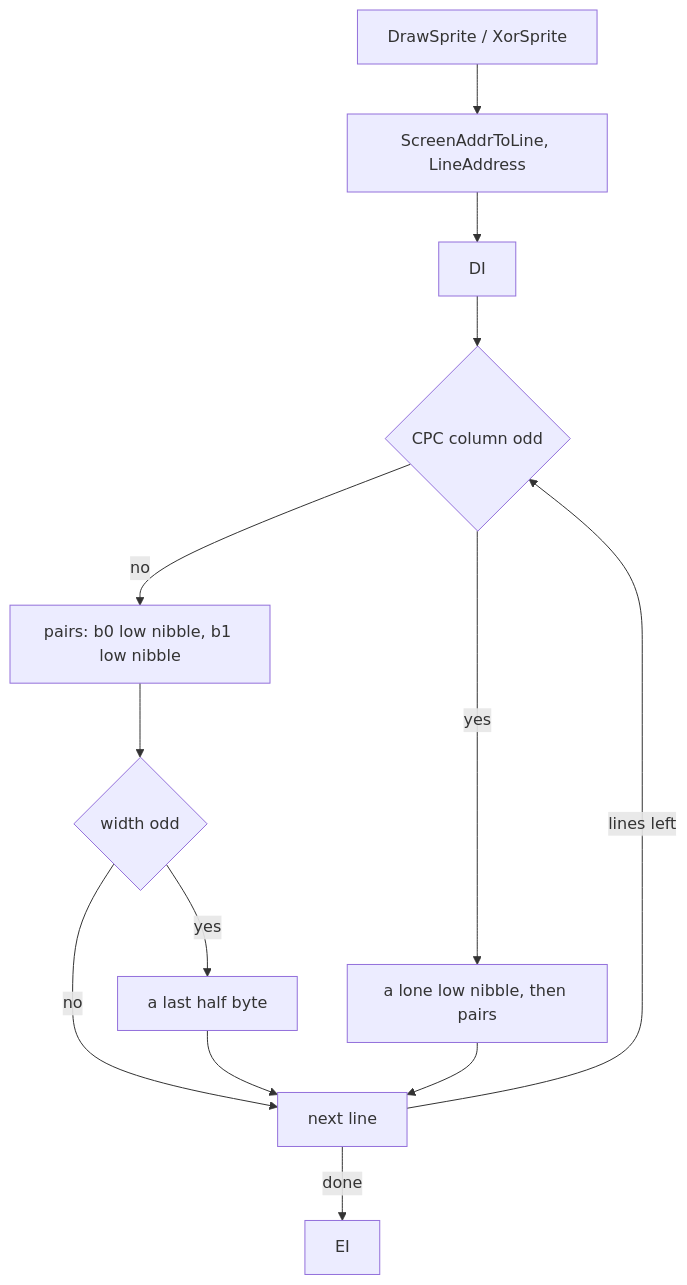
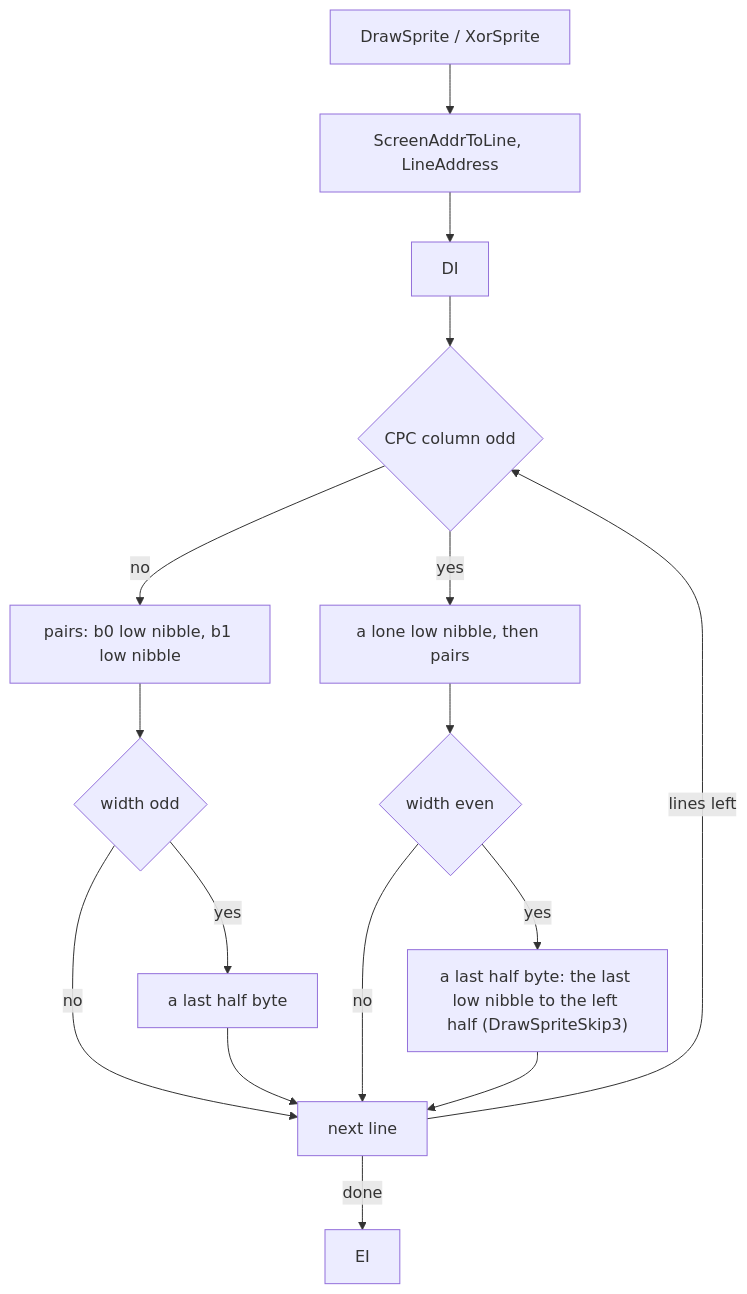
The second of 6 diagrams in games/bumpy/docs/06-rendering.md (alfishe/unrealng-reverse-cases), drawn with Mermaid before and after one commit. The commit also changed other lines of this file and 33 other files, not shown here.

````diff
--- a/games/bumpy/docs/06-rendering.md
+++ b/games/bumpy/docs/06-rendering.md
@@ -219,15 +221,18 @@
 ```mermaid
 flowchart TD
     A["DrawSprite / XorSprite"] --> B["ScreenAddrToLine, LineAddress"]
     B --> C["DI"]
     C --> D{"CPC column odd"}
     D -- no --> E["pairs: b0 low nibble, b1 low nibble"]
     D -- yes --> F["a lone low nibble, then pairs"]
     E --> G{"width odd"}
     G -- yes --> H["a last half byte"]
     G -- no --> I["next line"]
     H --> I
-    F --> I
+    F --> K{"width even"}
+    K -- yes --> L["a last half byte: the last low nibble to the left half (DrawSpriteSkip3)"]
+    K -- no --> I
+    L --> I
     I -- "lines left" --> D
     I -- done --> J["EI"]
 ```
````
